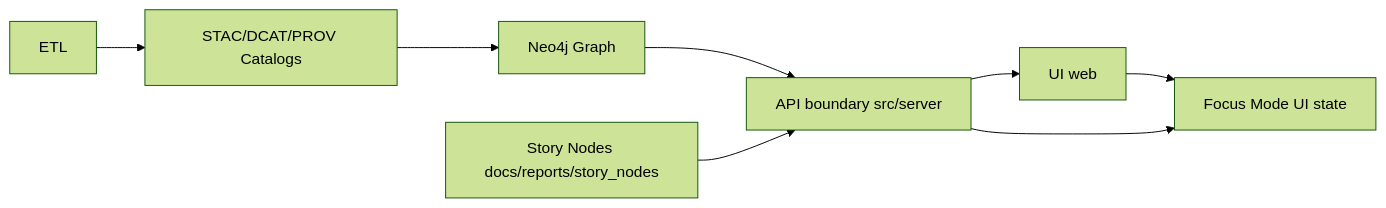
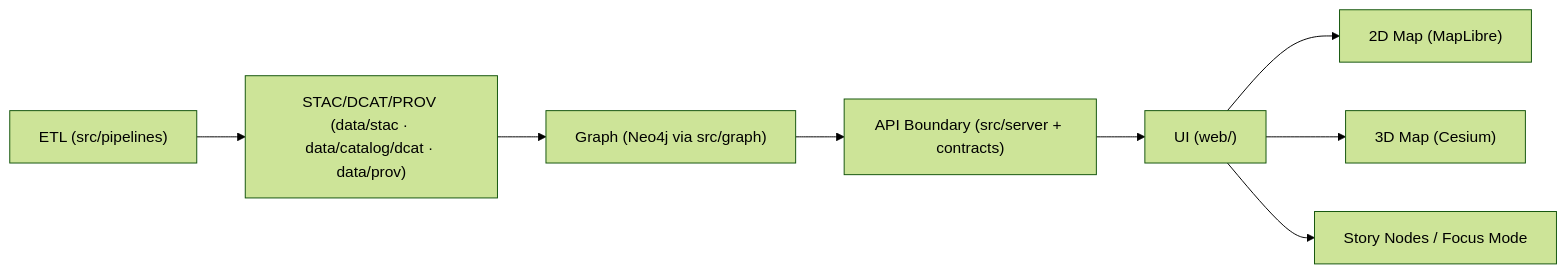
One commit to bartytime4life/Kansas-Frontier-Matrix changed the first of 2 diagrams in web/cesium/README.md. Above: the diagram before and after it, drawn with Mermaid (forest theme). The commit also changed other lines of this file, not shown here.

```diff
--- a/web/cesium/README.md
+++ b/web/cesium/README.md
@@ -153,10 +197,10 @@
 ~~~mermaid
 flowchart LR
-  A[ETL] --> B[STAC/DCAT/PROV Catalogs]
-  B --> C[Neo4j Graph]
-  C --> D[API boundary src/server]
-  D --> E[UI web]
-  E --> F[Focus Mode UI state]
-  G[Story Nodes docs/reports/story_nodes] --> D
-  D --> F
+  A["ETL (src/pipelines)"] --> B["STAC/DCAT/PROV (data/stac · data/catalog/dcat · data/prov)"]
+  B --> C["Graph (Neo4j via src/graph)"]
+  C --> D["API Boundary (src/server + contracts)"]
+  D --> E["UI (web/)"]
+  E --> F["2D Map (MapLibre)"]
+  E --> G["3D Map (Cesium)"]
+  E --> H["Story Nodes / Focus Mode"]
 ~~~
```
